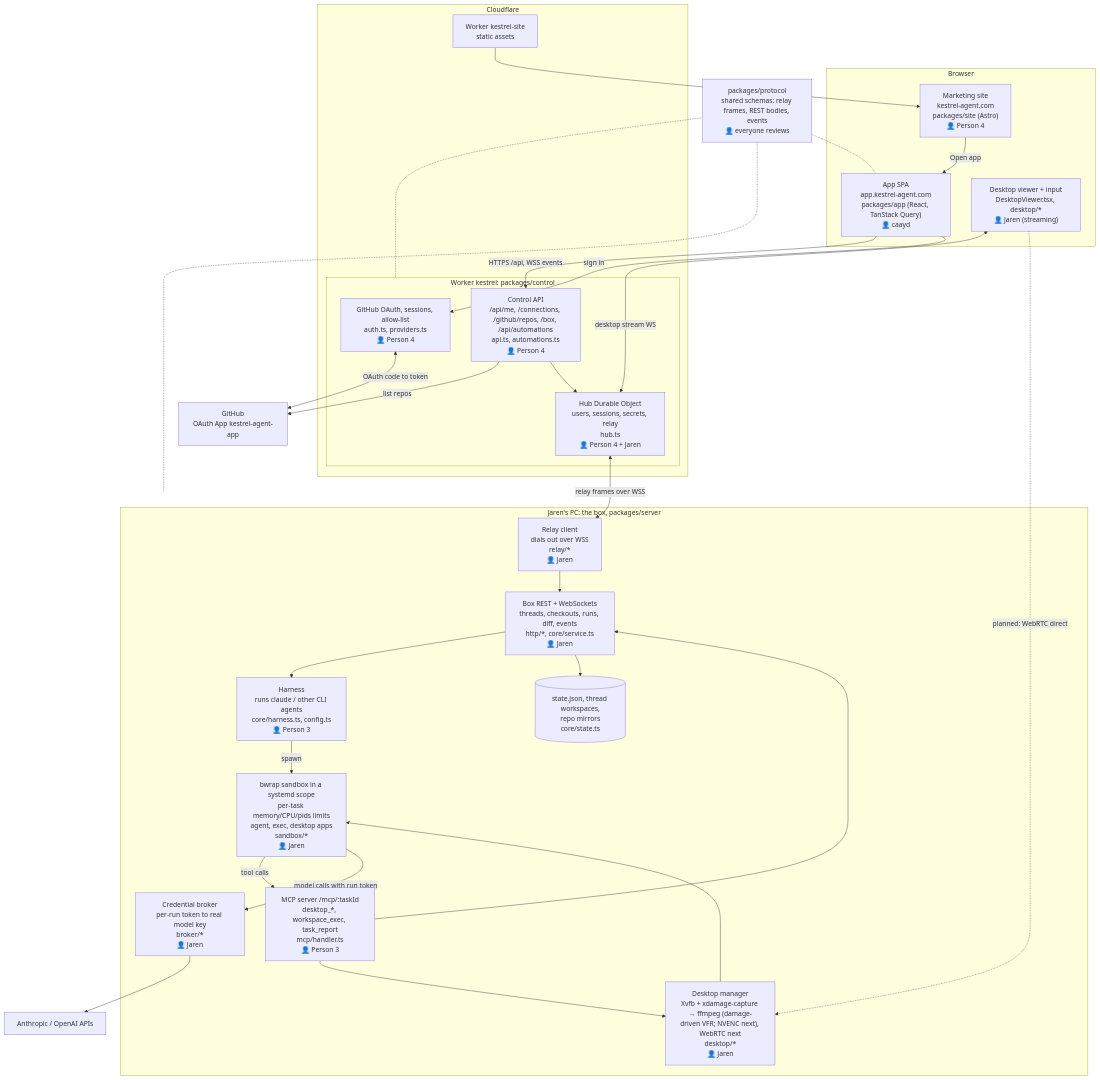
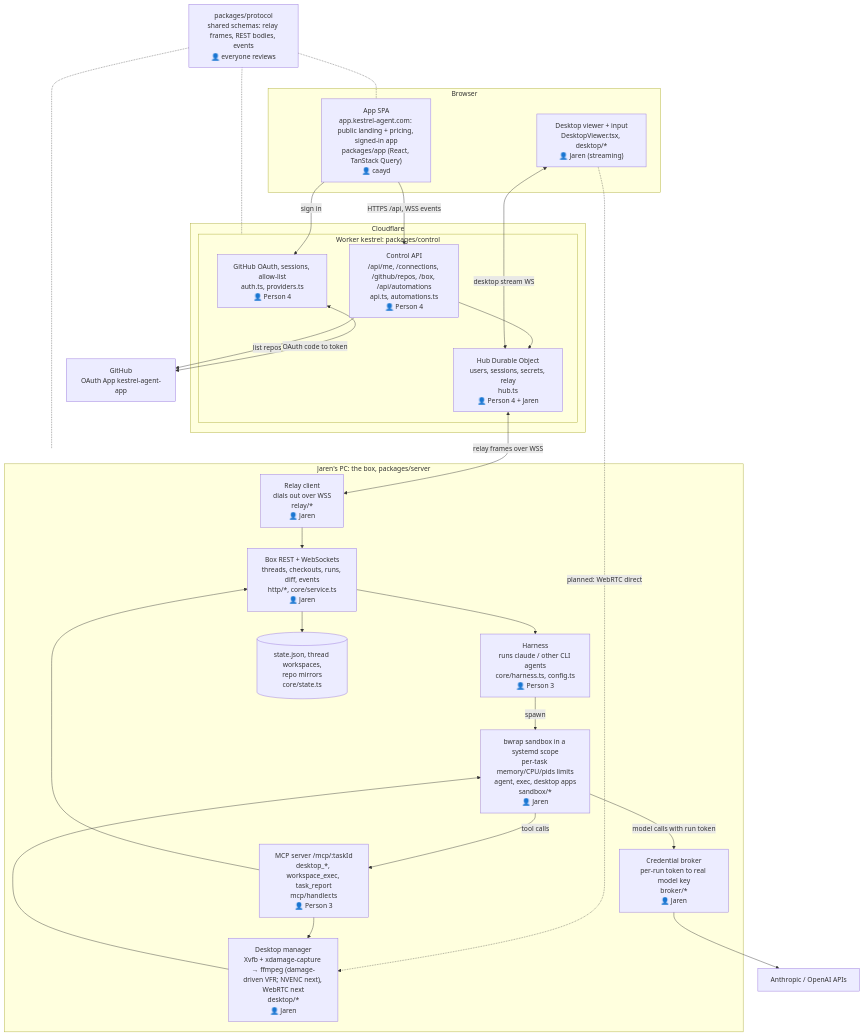
Before and after one commit to StinkyCat0/kestrel: the diagram in docs/architecture.md, drawn with Mermaid. The commit also changed other lines of this file and 18 other files, not shown here.

First line of the commit message:
Replace the Astro site with the app's public pages; signed-in app moves to /threads

````diff
--- a/docs/architecture.md
+++ b/docs/architecture.md
@@ -3,58 +3,54 @@
 ```mermaid
 flowchart TB
   subgraph Browser["Browser"]
-    SITE["Marketing site<br/>kestrel-agent.com<br/>packages/site (Astro)<br/>👤 Person 4"]
-    APP["App SPA<br/>app.kestrel-agent.com<br/>packages/app (React, TanStack Query)<br/>👤 caayd"]
+    APP["App SPA<br/>app.kestrel-agent.com: public landing + pricing, signed-in app<br/>packages/app (React, TanStack Query)<br/>👤 caayd"]
     VIEW["Desktop viewer + input<br/>DesktopViewer.tsx, desktop/*<br/>👤 Jaren (streaming)"]
   end
 
   subgraph CF["Cloudflare"]
-    SITEW["Worker kestrel-site<br/>static assets"]
     subgraph CTRL["Worker kestrel: packages/control"]
       AUTH["GitHub OAuth, sessions, allow-list<br/>auth.ts, providers.ts<br/>👤 Person 4"]
       API["Control API<br/>/api/me, /connections, /github/repos, /box, /api/automations<br/>api.ts, automations.ts<br/>👤 Person 4"]
       HUB["Hub Durable Object<br/>users, sessions, secrets, relay<br/>hub.ts<br/>👤 Person 4 + Jaren"]
     end
   end
 
   GH["GitHub<br/>OAuth App kestrel-agent-app"]
 
   subgraph PC["Jaren's PC: the box, packages/server"]
     RELAY["Relay client<br/>dials out over WSS<br/>relay/*<br/>👤 Jaren"]
     REST["Box REST + WebSockets<br/>threads, checkouts, runs, diff, events<br/>http/*, core/service.ts<br/>👤 Jaren"]
     HARN["Harness<br/>runs claude / other CLI agents<br/>core/harness.ts, config.ts<br/>👤 Person 3"]
     MCP["MCP server /mcp/:taskId<br/>desktop_*, workspace_exec, task_report<br/>mcp/handler.ts<br/>👤 Person 3"]
     BROKER["Credential broker<br/>per-run token to real model key<br/>broker/*<br/>👤 Jaren"]
     SB["bwrap sandbox in a systemd scope<br/>per-task memory/CPU/pids limits<br/>agent, exec, desktop apps<br/>sandbox/*<br/>👤 Jaren"]
     DESK["Desktop manager<br/>Xvfb + xdamage-capture → ffmpeg (damage-driven VFR; NVENC next), WebRTC next<br/>desktop/*<br/>👤 Jaren"]
     STATE[("state.json, thread workspaces,<br/>repo mirrors<br/>core/state.ts")]
   end
 
   LLM["Anthropic / OpenAI APIs"]
 
-  SITE -->|Open app| APP
-  SITEW --> SITE
   APP -->|HTTPS /api, WSS events| API
   APP -->|sign in| AUTH
   AUTH <-->|OAuth code to token| GH
   API -->|list repos| GH
   API --> HUB
   HUB <-->|relay frames over WSS| RELAY
   VIEW <-->|desktop stream WS| HUB
   VIEW -.->|planned: WebRTC direct| DESK
   RELAY --> REST
   REST --> HARN
   REST --> STATE
   HARN -->|spawn| SB
   SB -->|tool calls| MCP
   SB -->|model calls with run token| BROKER
   BROKER --> LLM
   MCP --> DESK
   MCP --> REST
   DESK --> SB
 
   PROTO["packages/protocol<br/>shared schemas: relay frames, REST bodies, events<br/>👤 everyone reviews"]
   PROTO -.- APP
   PROTO -.- CTRL
   PROTO -.- PC
 ```
````
